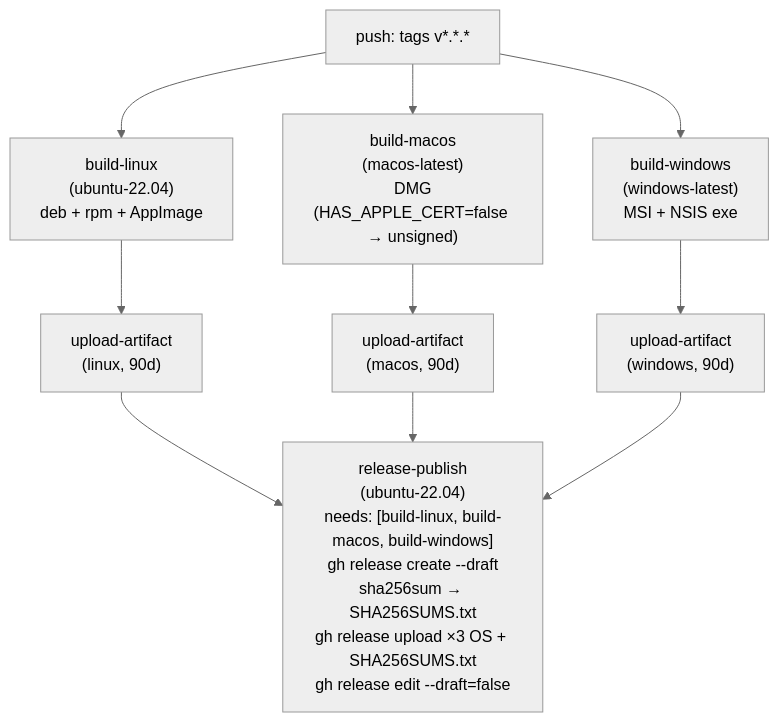
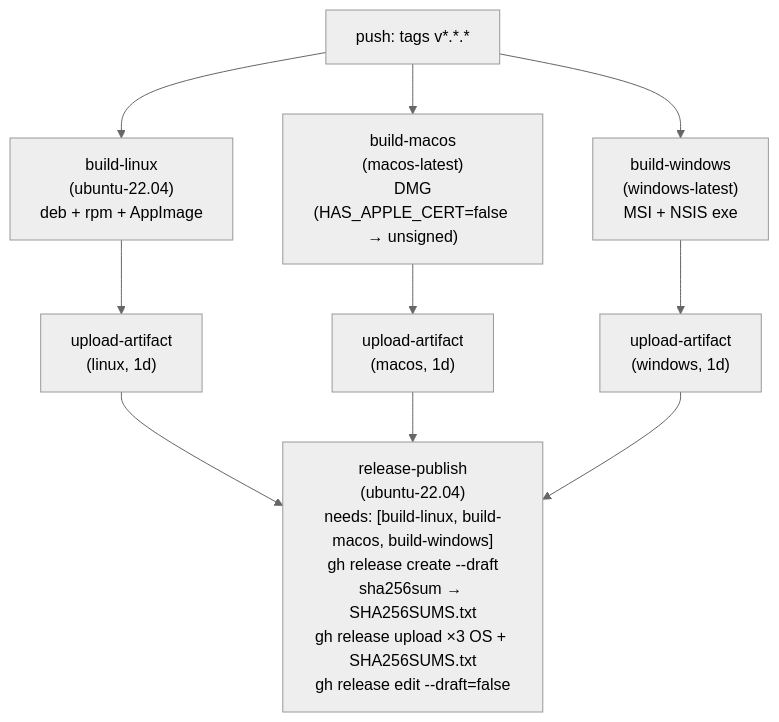
Before and after one commit to shikomi-dev/shikomi: the second of 4 diagrams in docs/architecture/tech-stack.md, drawn with Mermaid (neutral theme). The commit also changed other lines of this file, not shown here.

Commit message:
docs(tech-stack): §2.2.1 コンフリクト解消 — retention 1日・リリースノート生成戦略追加
main で確定した §2.2.1 の設計判断を release/0.1.0 に取り込む:

- upload-artifact 保持期間: 90d → 1d（GitHub Releases 永続保存済みのため不要）
- artifact 保持期間行: "90 日" → "1 日" に統一
- リリースノート生成戦略行を追加（--generate-notes 自動生成）

以上 3 点で main との §2.2.1 差分を解消し mergeable: true を回復する。

````diff
--- a/docs/architecture/tech-stack.md
+++ b/docs/architecture/tech-stack.md
@@ -99,16 +99,16 @@
 ```mermaid
 flowchart TD
     Tag["push: tags v*.*.*"]
     Linux["build-linux\n(ubuntu-22.04)\ndeb + rpm + AppImage"]
     Mac["build-macos\n(macos-latest)\nDMG\n(HAS_APPLE_CERT=false → unsigned)"]
     Win["build-windows\n(windows-latest)\nMSI + NSIS exe"]
-    UL["upload-artifact\n(linux, 90d)"]
-    UM["upload-artifact\n(macos, 90d)"]
-    UW["upload-artifact\n(windows, 90d)"]
+    UL["upload-artifact\n(linux, 1d)"]
+    UM["upload-artifact\n(macos, 1d)"]
+    UW["upload-artifact\n(windows, 1d)"]
     Publish["release-publish\n(ubuntu-22.04)\nneeds: [build-linux, build-macos, build-windows]\ngh release create --draft\nsha256sum → SHA256SUMS.txt\ngh release upload ×3 OS + SHA256SUMS.txt\ngh release edit --draft=false"]
 
     Tag --> Linux & Mac & Win
     Linux --> UL --> Publish
     Mac --> UM --> Publish
     Win --> UW --> Publish
 ```
````
